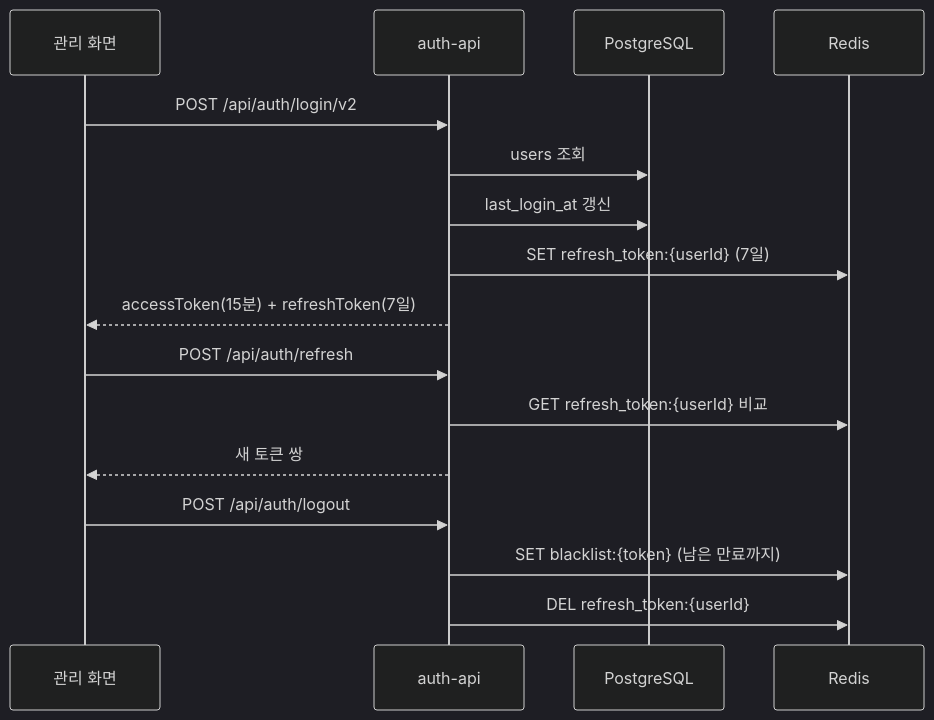
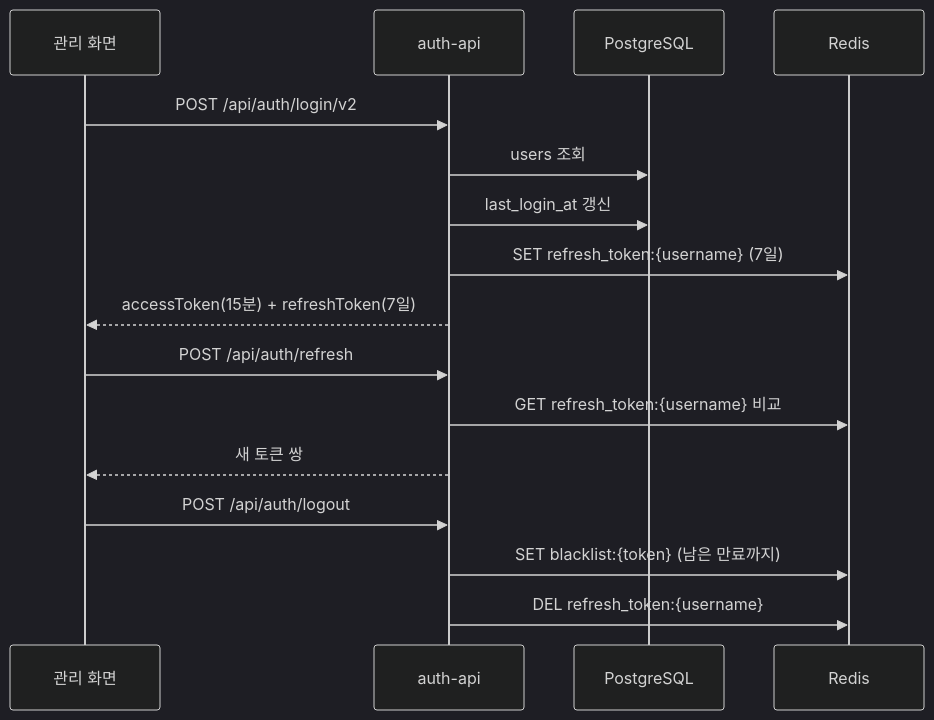
Before and after one commit to inbm-company/geoverse--: the third of 5 diagrams in server/undefined.md, drawn with Mermaid (dark theme). The commit also changed other lines of this file and 4 other files, not shown here.

````diff
--- a/server/undefined.md
+++ b/server/undefined.md
@@ -281,21 +340,21 @@
 ```mermaid
 sequenceDiagram
     participant C as 관리 화면
     participant A as auth-api
     participant P as PostgreSQL
     participant R as Redis
 
     C->>A: POST /api/auth/login/v2
     A->>P: users 조회
     A->>P: last_login_at 갱신
-    A->>R: SET refresh_token:{userId} (7일)
+    A->>R: SET refresh_token:{username} (7일)
     A-->>C: accessToken(15분) + refreshToken(7일)
 
     C->>A: POST /api/auth/refresh
-    A->>R: GET refresh_token:{userId} 비교
+    A->>R: GET refresh_token:{username} 비교
     A-->>C: 새 토큰 쌍
 
     C->>A: POST /api/auth/logout
     A->>R: SET blacklist:{token} (남은 만료까지)
-    A->>R: DEL refresh_token:{userId}
+    A->>R: DEL refresh_token:{username}
 ```
````
